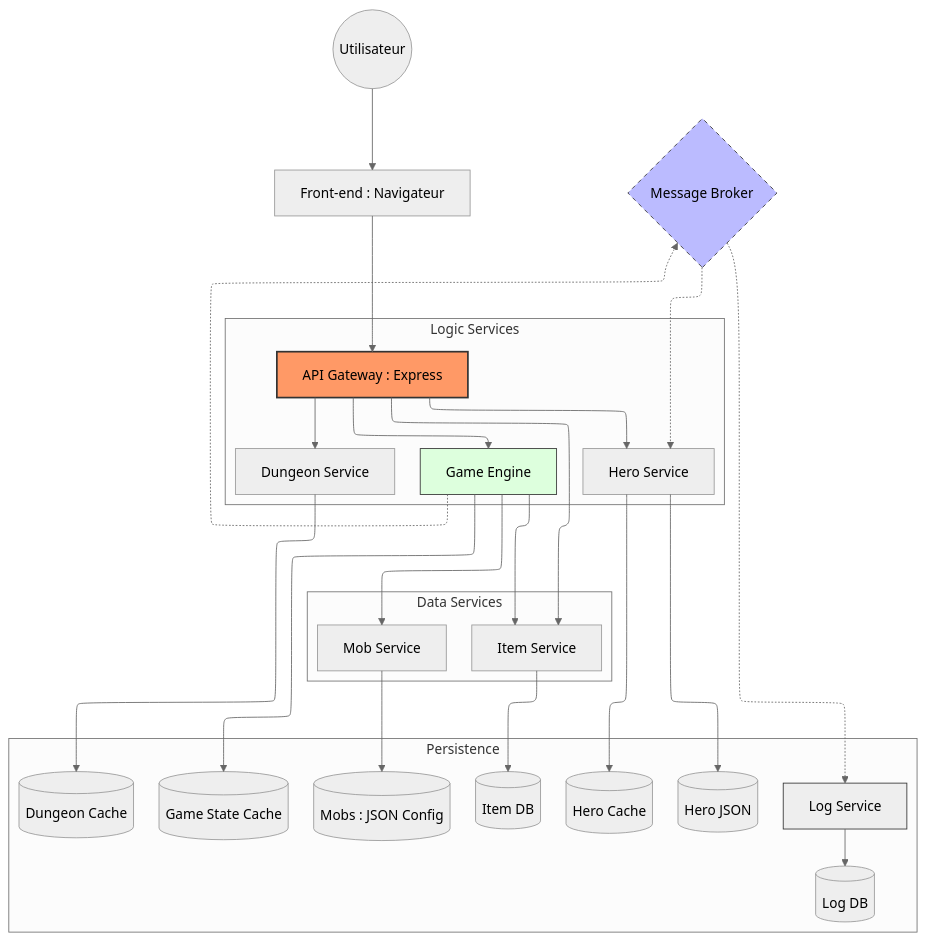
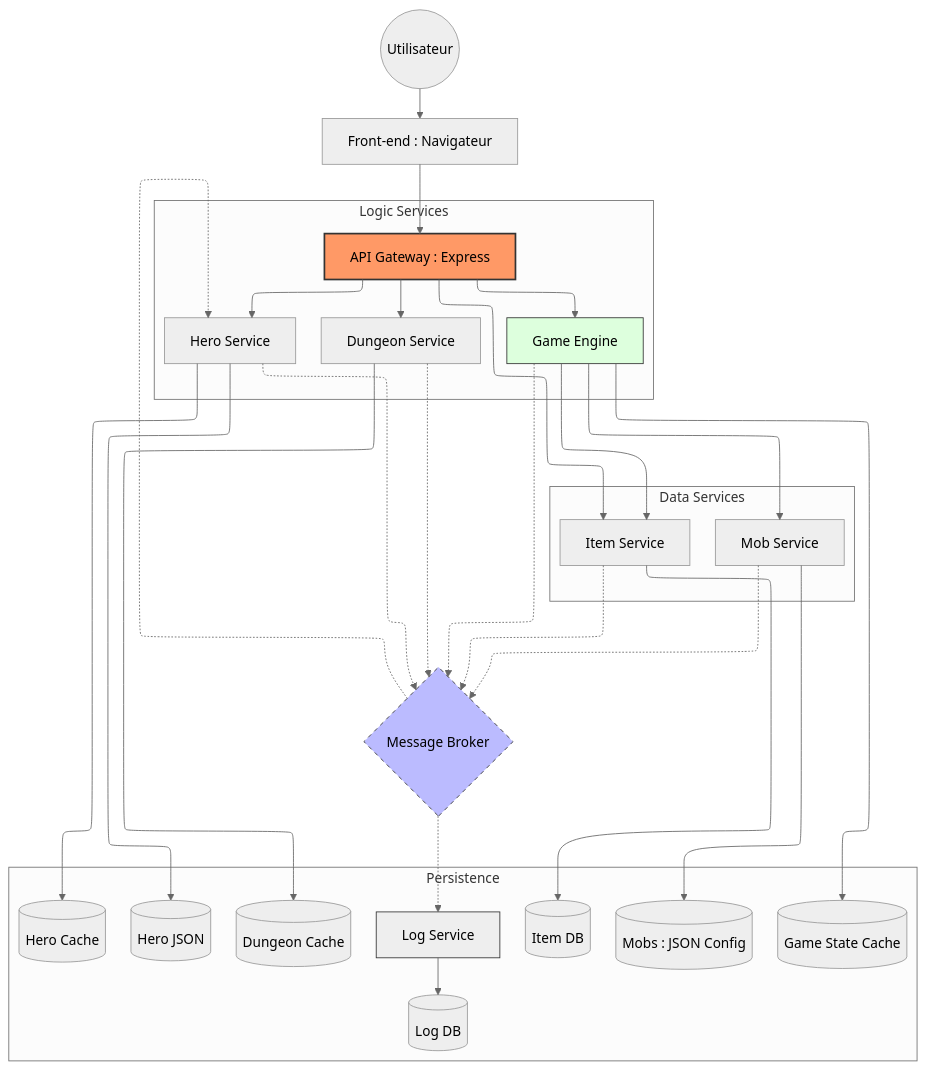
One commit to 18Nilsou/Micro-Donjon changed the diagram in Micro-Donjon.mmd. Above: the diagram before and after it, drawn with Mermaid.

Commit message:
update mmd

```diff
--- a/Micro-Donjon.mmd
+++ b/Micro-Donjon.mmd
@@ -1,44 +1,48 @@
 ---
 config:
   theme: neutral
   look: classic
   layout: elk
 ---
 flowchart TB
  subgraph subGraph0["Logic Services"]
         HeroSvc["Hero Service"]
         Gateway["API Gateway : Express"]
         Engine["Game Engine"]
         DungeonSvc["Dungeon Service"]
   end
  subgraph subGraph1["Data Services"]
         ItemSvc["Item Service"]
         MobSvc["Mob Service"]
   end
  subgraph Persistence["Persistence"]
         HeroDB[("Hero JSON")]
         HeroCache[("Hero Cache")]
         LogDB[("Log DB")]
         LogSvc["Log Service"]
         ItemDB[("Item DB")]
         MobData[("Mobs : JSON Config")]
         DunCache[("Dungeon Cache")]
         EngineCache[("Game State Cache")]
   end
     User(("Utilisateur")) --> Front["Front-end : Navigateur"]
     Front --> Gateway
     Gateway --> HeroSvc & Engine & DungeonSvc & ItemSvc
     Engine --> MobSvc & EngineCache
     Engine -.-> Broker{"Message Broker"}
     Engine --> ItemSvc
+    ItemSvc -.-> Broker
+    MobSvc -.-> Broker
+    DungeonSvc -.-> Broker
+    HeroSvc -.-> Broker
     Broker -.-> HeroSvc & LogSvc
     HeroSvc --> HeroDB & HeroCache
     LogSvc --> LogDB
     ItemSvc --> ItemDB
     MobSvc --> MobData
     DungeonSvc --> DunCache
 
     style Gateway fill:#f96,stroke:#333,stroke-width:2px
     style Engine fill:#dfd,stroke:#333
     style LogSvc fill:#eee,stroke:#333
     style Broker fill:#bbf,stroke:#333,stroke-dasharray: 5 5
```
